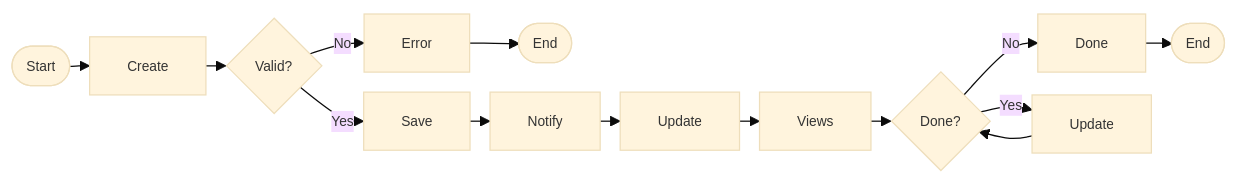
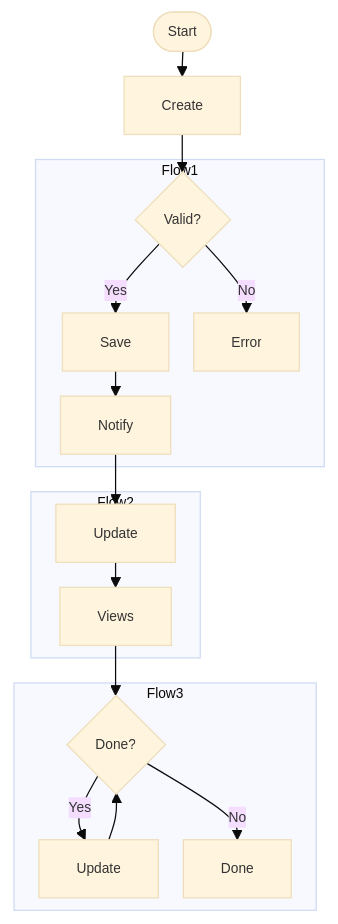
The diagram in diagrams/activity.mmd (ritiku2004/Zira-Project-details), drawn with Mermaid before and after one commit. The commit also changed 2 other files, not shown here.

Commit message:
Diagrames added

```diff
--- a/diagrams/activity.mmd
+++ b/diagrams/activity.mmd
@@ -1,20 +1,22 @@
-%%{init: {"theme":"base","flowchart": {"nodeSpacing": 16, "rankSpacing": 16, "curve":"basis"}, "themeVariables": {"fontSize": "11px"}}}%%
-flowchart LR
+%%{init: {"theme":"base","flowchart": {"nodeSpacing": 20, "rankSpacing": 20, "curve":"basis"}, "themeVariables": {"fontSize": "11px"}}}%%
+flowchart TD
   Start([Start]) --> Create[Create]
   Create --> Valid{Valid?}
   
-  Valid -->|Yes| Save[Save]
-  Valid -->|No| Error[Error]
-  Error --> End1([End])
+  subgraph Flow1
+    Valid -->|Yes| Save[Save]
+    Valid -->|No| Error[Error]
+    Save --> Notify[Notify]
+  end
   
-  Save --> Notify[Notify]
-  Notify --> Update[Update]
+  subgraph Flow2
+    Notify --> Update[Update]
+    Update --> Views[Views]
+  end
   
-  Update --> Views[Views]
-  Views --> Loop{Done?}
-  
-  Loop -->|No| Complete[Done]
-  Loop -->|Yes| Status[Update]
-  Status --> Loop
-  
-  Complete --> End2([End])
+  subgraph Flow3
+    Views --> Loop{Done?}
+    Loop -->|Yes| Status[Update]
+    Loop -->|No| Complete[Done]
+    Status --> Loop
+  end
```
